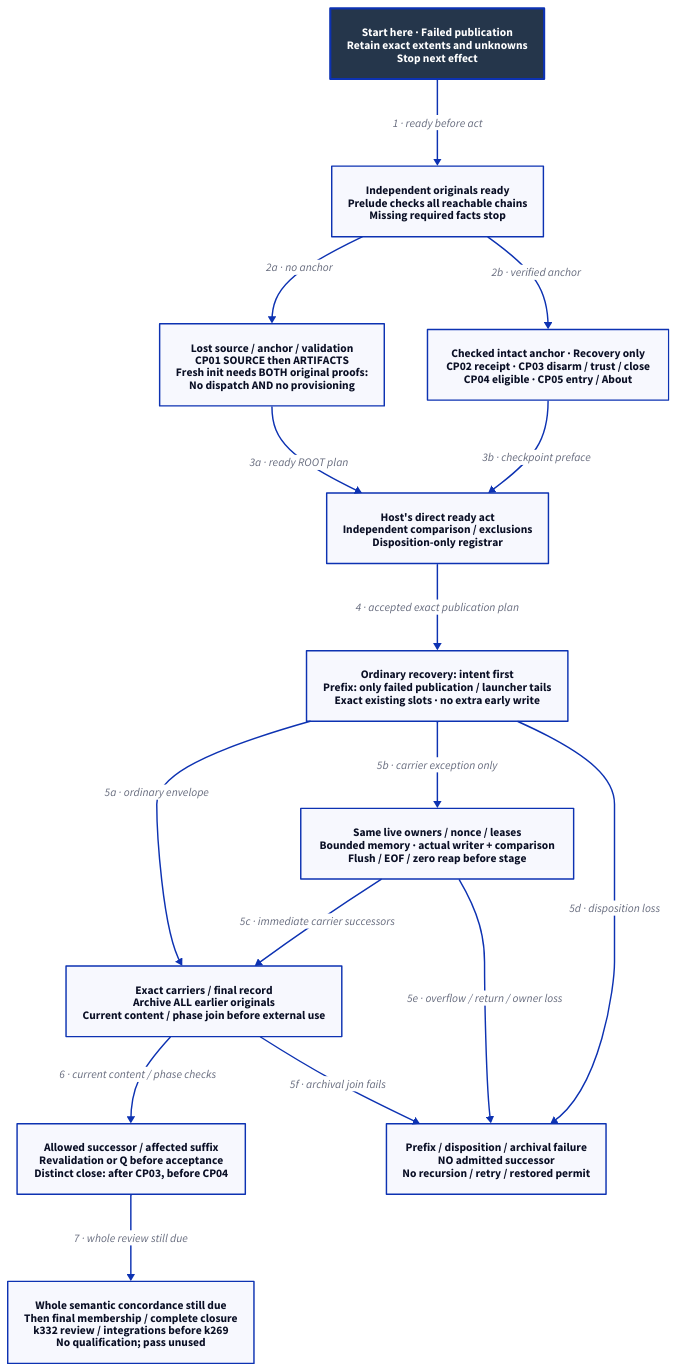
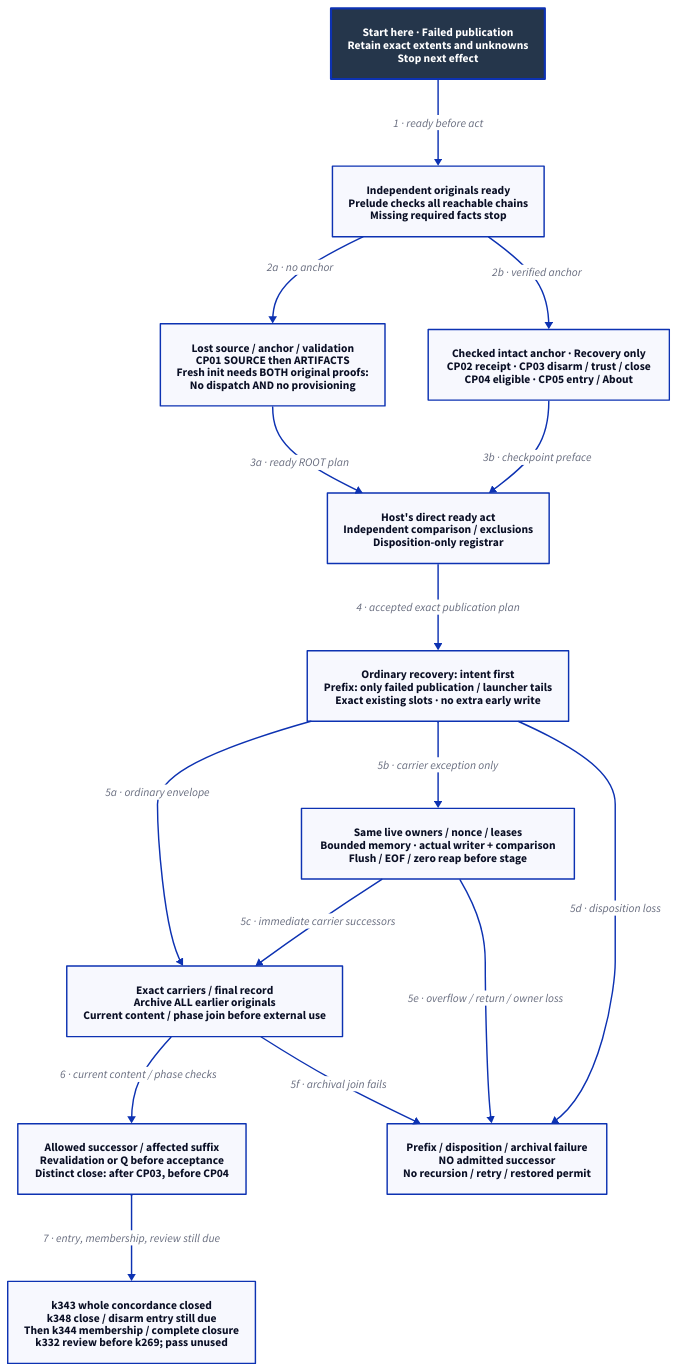
The diagram in docs/design/architecture/native-reference-admission.d2 (Linkuistics/Koine), drawn with D2 before and after one commit. The commit also changed 31 other files, not shown here.

Commit message:
Concord whole original obligations and externalize inter-checkpoint publication entry (reference-evidence-whole-obligation-concordance-k347; closes reference-evidence-whole-obligation-concordance-k343)

```diff
--- a/docs/design/architecture/native-reference-admission.d2
+++ b/docs/design/architecture/native-reference-admission.d2
@@ -1,30 +1,30 @@
-# Hosted recovery design; whole k336 reconciliation and k332 review precede use.
+# Hosted recovery design; k348 entry, k344 closure and k332 review precede use.
 direction: down
 classes: {
   start: {style: {fill: "#25364B"; font-color: "#FFFFFF"; bold: true; stroke-width: 3}}
 }
 Start: "Start here · Failed publication\nRetain exact extents and unknowns\nStop next effect" {class: start}
 Root: "Independent originals ready\nPrelude checks all reachable chains\nMissing required facts stop"
 Source: "Lost source / anchor / validation\nCP01 SOURCE then ARTIFACTS\nFresh init needs BOTH original proofs:\nNo dispatch AND no provisioning"
 Intact: "Checked intact anchor · Recovery only\nCP02 receipt · CP03 disarm / trust / close\nCP04 eligible · CP05 entry / About"
 Act: "Host's direct ready act\nIndependent comparison / exclusions\nDisposition-only registrar"
 Prefix: "Ordinary recovery: intent first\nPrefix: only failed publication / launcher tails\nExact existing slots · no extra early write"
 Memory: "Same live owners / nonce / leases\nBounded memory · actual writer + comparison\nFlush / EOF / zero reap before stage"
 Join: "Exact carriers / final record\nArchive ALL earlier originals\nCurrent content / phase join before external use"
 Next: "Allowed successor / affected suffix\nRevalidation or Q before acceptance\nDistinct close: after CP03, before CP04"
 Stop: "Prefix / disposition / archival failure\nNO admitted successor\nNo recursion / retry / restored permit"
-Whole: "Whole semantic concordance still due\nThen final membership / complete closure\nk332 review / integrations before k269\nNo qualification; pass unused"
+Whole: "k343 whole concordance closed\nk348 close / disarm entry still due\nThen k344 membership / complete closure\nk332 review before k269; pass unused"
 Start -> Root: "1 · ready before act"
 Root -> Source: "2a · no anchor"
 Root -> Intact: "2b · verified anchor"
 Source -> Act: "3a · ready ROOT plan"
 Intact -> Act: "3b · checkpoint preface"
 Act -> Prefix: "4 · accepted exact publication plan"
 Prefix -> Join: "5a · ordinary envelope"
 Prefix -> Memory: "5b · carrier exception only"
 Memory -> Join: "5c · immediate carrier successors"
 Join -> Next: "6 · current content / phase checks"
-Next -> Whole: "7 · whole review still due"
+Next -> Whole: "7 · entry, membership, review still due"
 Prefix -> Stop: "5d · disposition loss"
 Memory -> Stop: "5e · overflow / return / owner loss"
 Join -> Stop: "5f · archival join fails"
```
